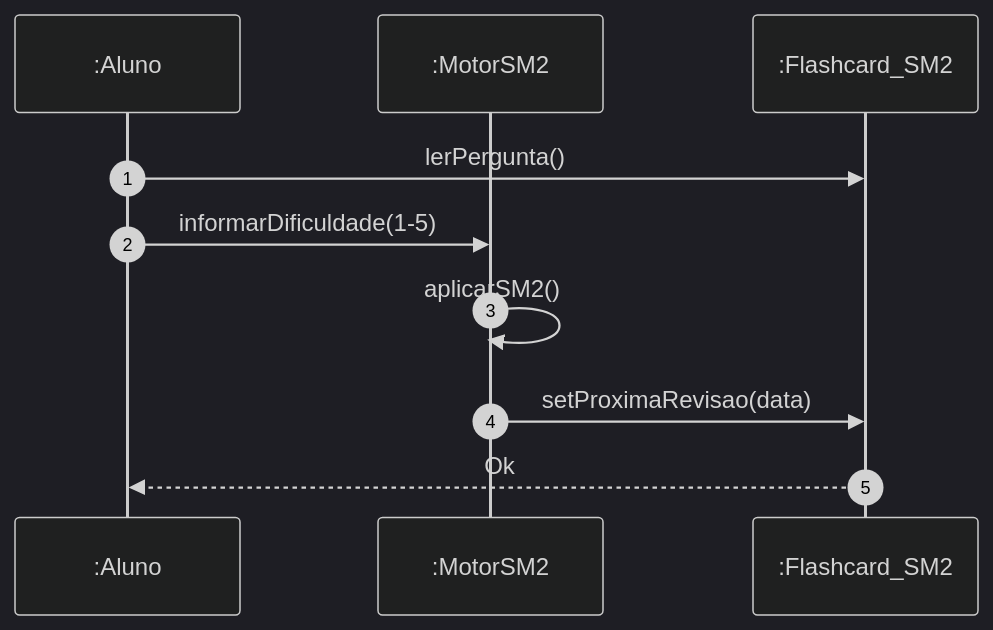
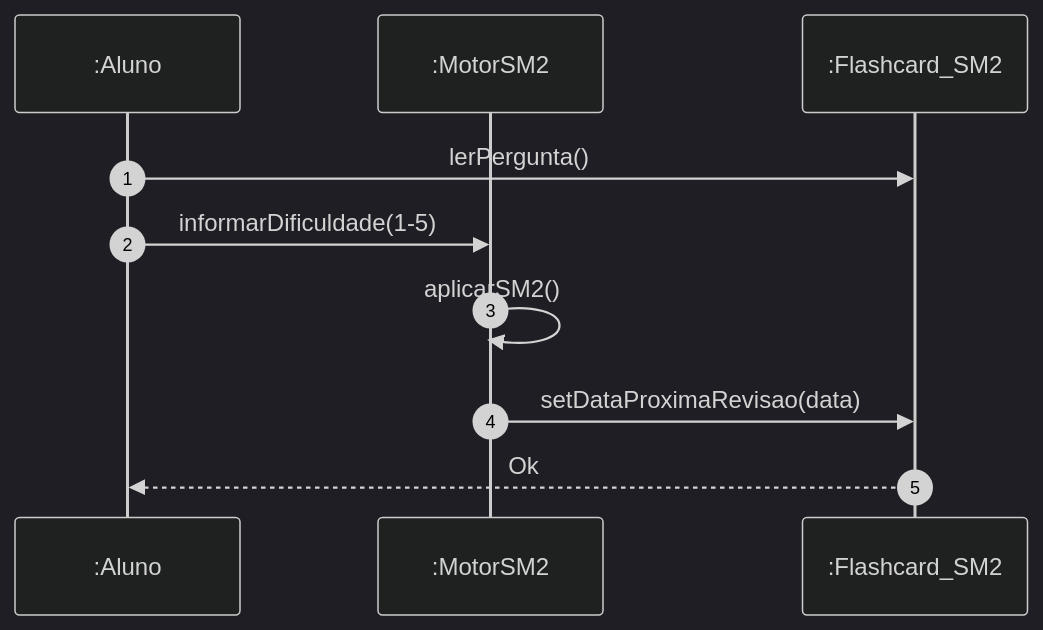
Before and after one commit to MayconDIS/PIM_III-Documentacao_UML: the second of 2 diagrams in 02_Modelagem_UML_Astah/UC09_Estudar_Flashcards/README.md, drawn with Mermaid (dark theme). The commit also changed other lines of this file and 234 other files, not shown here.

````diff
--- a/02_Modelagem_UML_Astah/UC09_Estudar_Flashcards/README.md
+++ b/02_Modelagem_UML_Astah/UC09_Estudar_Flashcards/README.md
@@ -69,12 +47,12 @@
 ```mermaid
 sequenceDiagram
     autonumber
     participant A as :Aluno
     participant M as :MotorSM2
     participant F as :Flashcard_SM2
     A->>F: lerPergunta()
     A->>M: informarDificuldade(1-5)
     M->>M: aplicarSM2()
-    M->>F: setProximaRevisao(data)
+    M->>F: setDataProximaRevisao(data)
     F-->>A: Ok
 ```
````
